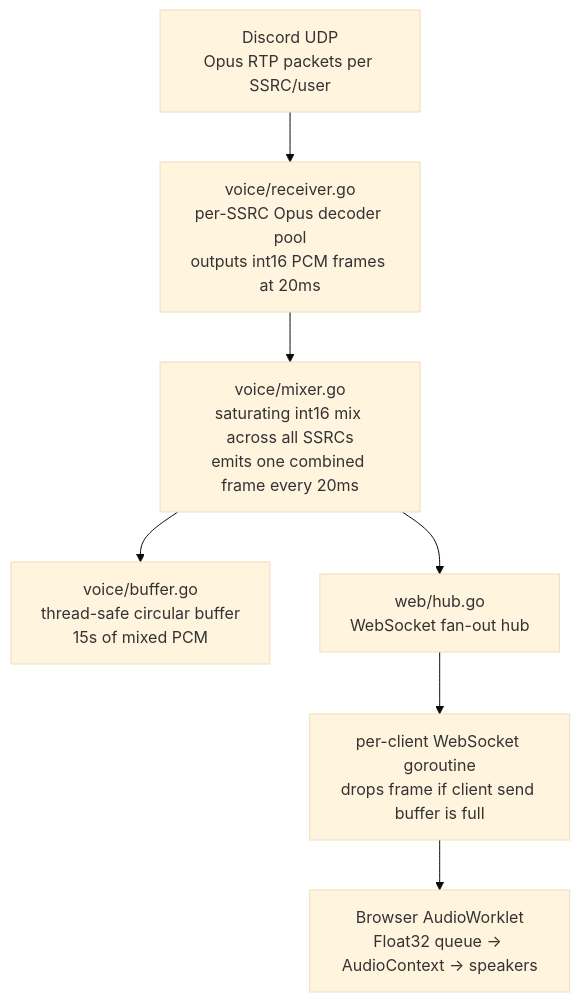
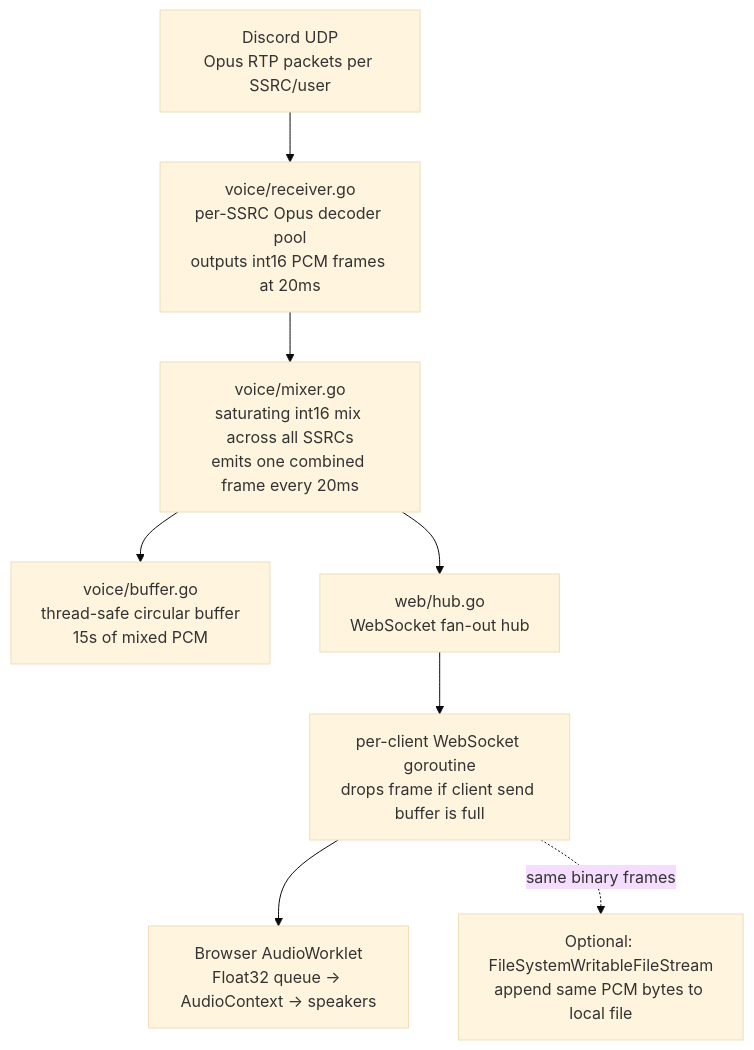
The first of 3 diagrams in README.md (elucid503/Echo), drawn with Mermaid (base theme) before and after one commit. The commit also changed other lines of this file, not shown here.

````diff
--- a/README.md
+++ b/README.md
@@ -74,14 +98,16 @@
 ```mermaid
 flowchart TD
     Discord["Discord UDP\nOpus RTP packets per SSRC/user"]
     Receiver["voice/receiver.go\nper-SSRC Opus decoder pool\noutputs int16 PCM frames at 20ms"]
     Mixer["voice/mixer.go\nsaturating int16 mix across all SSRCs\nemits one combined frame every 20ms"]
     Buffer["voice/buffer.go\nthread-safe circular buffer\n15s of mixed PCM"]
     Hub["web/hub.go\nWebSocket fan-out hub"]
     WS["per-client WebSocket goroutine\ndrops frame if client send buffer is full"]
     Browser["Browser AudioWorklet\nFloat32 queue -> AudioContext -> speakers"]
+    Disk["Optional: FileSystemWritableFileStream\nappend same PCM bytes to local file"]
 
     Discord --> Receiver --> Mixer
     Mixer --> Buffer
     Mixer --> Hub --> WS --> Browser
+    WS -.->|same binary frames| Disk
 ```
````
